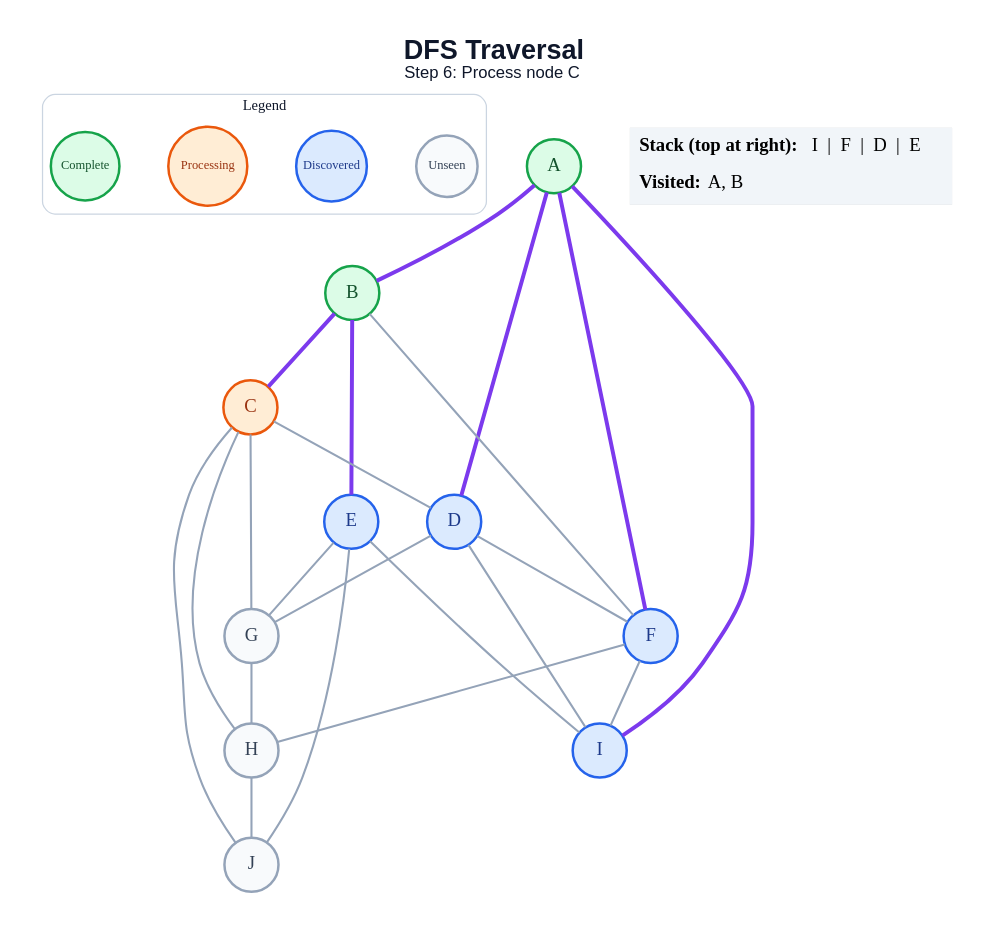
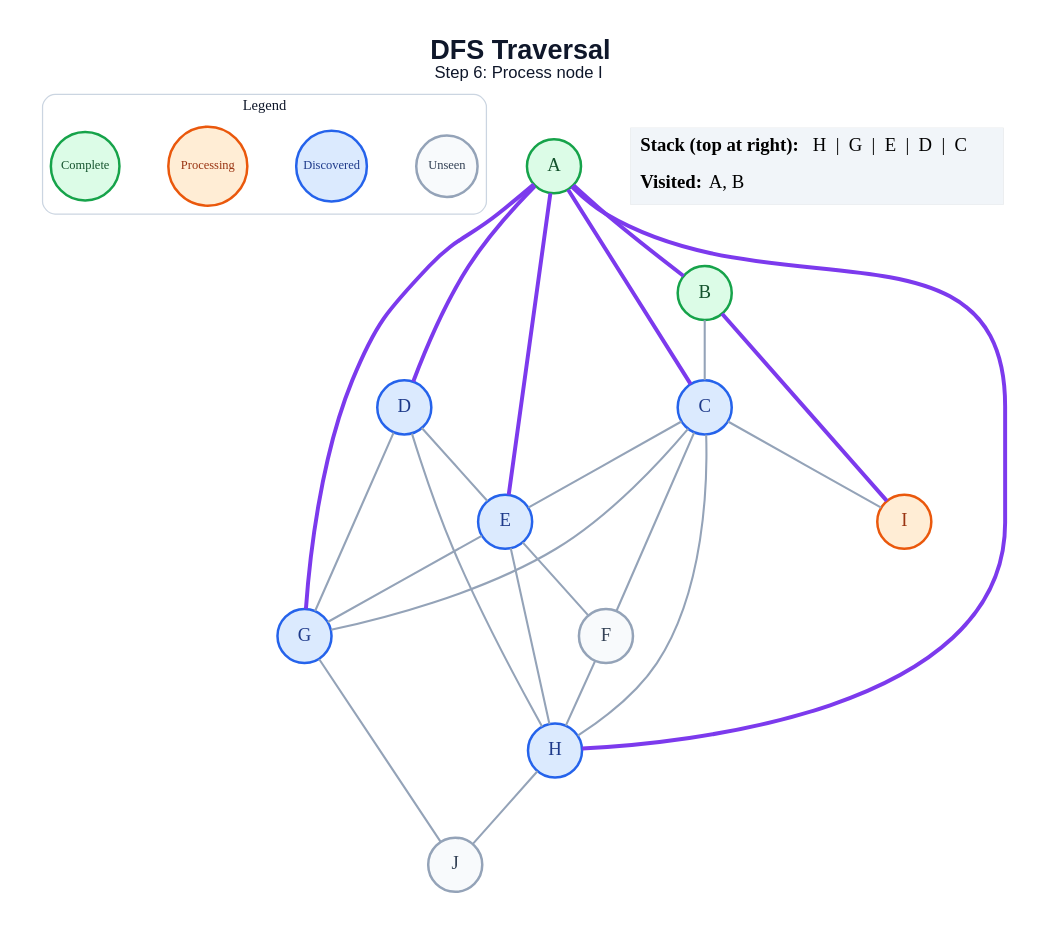
Before and after one commit to amanghodawala9/ai-slop: the diagram in generated/dfs/step_06.dot, drawn with Graphviz. The commit also changed 178 other files, not shown here.

```diff
--- a/generated/dfs/step_06.dot
+++ b/generated/dfs/step_06.dot
@@ -1,50 +1,51 @@
 graph traversal {
   graph [layout=dot, rankdir=TB, bgcolor="#FFFFFF", pad="0.35", nodesep="0.65", ranksep="0.8", fontname="Arial"];
   node [shape=circle, style="filled", fontname="Arial Bold", fontsize=18, width=0.72, fixedsize=true, penwidth=2.4];
   edge [color="#94A3B8", penwidth=2.0];
-  label=<<B>DFS Traversal</B><BR/><FONT POINT-SIZE="16">Step 6: Process node C</FONT>>; labelloc="t"; fontsize=26; fontname="Arial"; fontcolor="#0F172A";
+  label=<<B>DFS Traversal</B><BR/><FONT POINT-SIZE="16">Step 6: Process node I</FONT>>; labelloc="t"; fontsize=26; fontname="Arial"; fontcolor="#0F172A";
   subgraph cluster_legend { label="Legend"; color="#CBD5E1"; penwidth=1.2; style="rounded"; fontsize=14; fontname="Arial Bold";
     key_unseen [label="Unseen", fillcolor="#F8FAFC", color="#94A3B8", fontcolor="#334155", fontsize=12, width=0.82];
     key_frontier [label="Discovered", fillcolor="#DBEAFE", color="#2563EB", fontcolor="#1E3A8A", fontsize=12, width=0.95];
     key_current [label="Processing", fillcolor="#FFEDD5", color="#EA580C", fontcolor="#9A3412", fontsize=12, width=1.05];
     key_done [label="Complete", fillcolor="#DCFCE7", color="#16A34A", fontcolor="#14532D", fontsize=12, width=0.92];
     { rank=same; key_unseen; key_frontier; key_current; key_done; }
   }
   A [fillcolor="#DCFCE7", color="#16A34A", fontcolor="#14532D"];
   B [fillcolor="#DCFCE7", color="#16A34A", fontcolor="#14532D"];
-  C [fillcolor="#FFEDD5", color="#EA580C", fontcolor="#9A3412"];
+  C [fillcolor="#DBEAFE", color="#2563EB", fontcolor="#1E3A8A"];
   D [fillcolor="#DBEAFE", color="#2563EB", fontcolor="#1E3A8A"];
   E [fillcolor="#DBEAFE", color="#2563EB", fontcolor="#1E3A8A"];
-  F [fillcolor="#DBEAFE", color="#2563EB", fontcolor="#1E3A8A"];
-  G [fillcolor="#F8FAFC", color="#94A3B8", fontcolor="#334155"];
-  H [fillcolor="#F8FAFC", color="#94A3B8", fontcolor="#334155"];
-  I [fillcolor="#DBEAFE", color="#2563EB", fontcolor="#1E3A8A"];
+  F [fillcolor="#F8FAFC", color="#94A3B8", fontcolor="#334155"];
+  G [fillcolor="#DBEAFE", color="#2563EB", fontcolor="#1E3A8A"];
+  H [fillcolor="#DBEAFE", color="#2563EB", fontcolor="#1E3A8A"];
+  I [fillcolor="#FFEDD5", color="#EA580C", fontcolor="#9A3412"];
   J [fillcolor="#F8FAFC", color="#94A3B8", fontcolor="#334155"];
   A -- B [color="#7C3AED", penwidth=3.8];
+  A -- C [color="#7C3AED", penwidth=3.8];
   A -- D [color="#7C3AED", penwidth=3.8];
-  A -- F [color="#7C3AED", penwidth=3.8];
-  A -- I [color="#7C3AED", penwidth=3.8];
-  B -- C [color="#7C3AED", penwidth=3.8];
-  B -- E [color="#7C3AED", penwidth=3.8];
-  B -- F;
-  C -- D;
+  A -- E [color="#7C3AED", penwidth=3.8];
+  A -- G [color="#7C3AED", penwidth=3.8];
+  A -- H [color="#7C3AED", penwidth=3.8];
+  B -- C;
+  B -- I [color="#7C3AED", penwidth=3.8];
+  C -- E;
+  C -- F;
   C -- G;
   C -- H;
-  C -- J;
-  D -- F;
+  C -- I;
+  D -- E;
   D -- G;
-  D -- I;
+  D -- H;
+  E -- F;
   E -- G;
-  E -- I;
-  E -- J;
+  E -- H;
   F -- H;
-  F -- I;
-  G -- H;
+  G -- J;
   H -- J;
   status [shape=plain, fixedsize=false, width=0, height=0, margin=0, label=<
     <TABLE BORDER="0" CELLBORDER="0" CELLPADDING="7" BGCOLOR="#F1F5F9">
-      <TR><TD ALIGN="LEFT"><B>Stack (top at right):</B> I  |  F  |  D  |  E</TD></TR>
+      <TR><TD ALIGN="LEFT"><B>Stack (top at right):</B> H  |  G  |  E  |  D  |  C</TD></TR>
       <TR><TD ALIGN="LEFT"><B>Visited:</B> A, B</TD></TR>
     </TABLE>
   >];
 }
```
